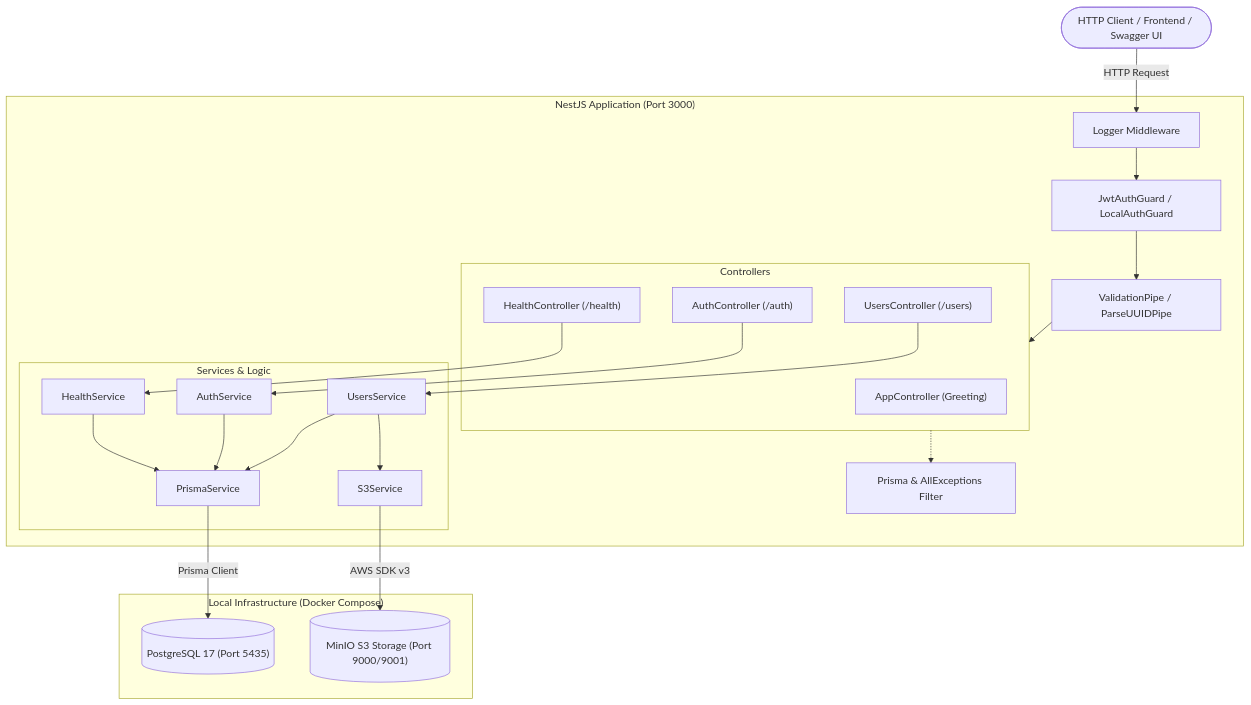
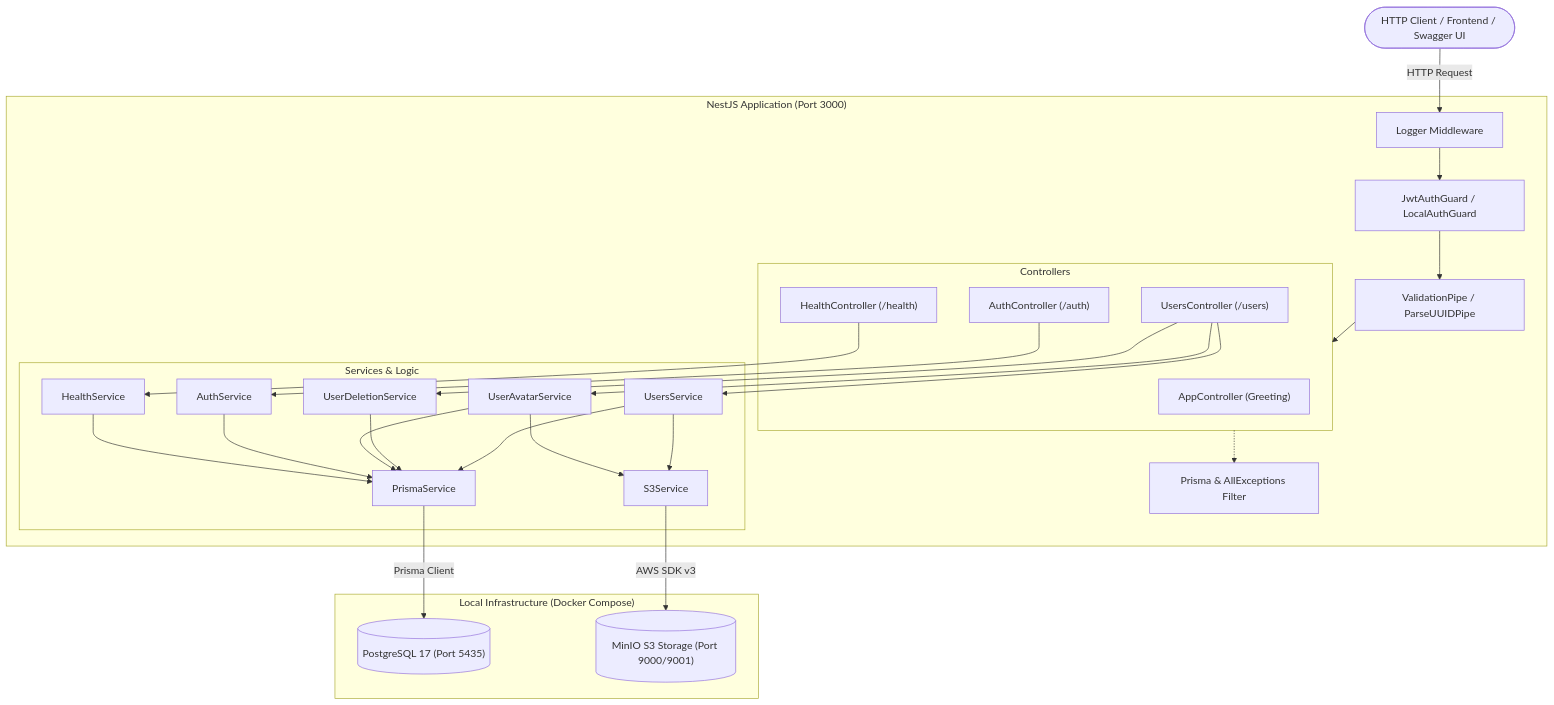
Before and after one commit to DarKnight2709/user-management-system: the diagram in README.md, drawn with Mermaid. The commit also changed other lines of this file and 1 other file, not shown here.

Commit message:
docs: document users and logging structure and test layers

````diff
--- a/README.md
+++ b/README.md
@@ -72,49 +72,56 @@
 ```mermaid
 flowchart TD
     Client(["HTTP Client / Frontend / Swagger UI"])
 
     subgraph NestJS App ["NestJS Application (Port 3000)"]
         Middleware["Logger Middleware"]
         Guards["JwtAuthGuard / LocalAuthGuard"]
         Validation["ValidationPipe / ParseUUIDPipe"]
 
         subgraph Controllers ["Controllers"]
             AppCtrl["AppController (Greeting)"]
             AuthCtrl["AuthController (/auth)"]
             UsersCtrl["UsersController (/users)"]
             HealthCtrl["HealthController (/health)"]
         end
 
         subgraph Services ["Services & Logic"]
             AuthSvc["AuthService"]
             UsersSvc["UsersService"]
+            UserDelSvc["UserDeletionService"]
+            UserAvatarSvc["UserAvatarService"]
             S3Svc["S3Service"]
             PrismaSvc["PrismaService"]
             HealthSvc["HealthService"]
         end
 
         Filters["Prisma & AllExceptions Filter"]
     end
 
     subgraph Infrastructure ["Local Infrastructure (Docker Compose)"]
         PostgresDB[("PostgreSQL 17 (Port 5435)")]
         MinioStorage[("MinIO S3 Storage (Port 9000/9001)")]
     end
 
     Client -->|HTTP Request| Middleware
     Middleware --> Guards
     Guards --> Validation
     Validation --> Controllers
 
     AuthCtrl --> AuthSvc
     UsersCtrl --> UsersSvc
+    UsersCtrl --> UserDelSvc
+    UsersCtrl --> UserAvatarSvc
     UsersSvc --> S3Svc
     UsersSvc --> PrismaSvc
+    UserDelSvc --> PrismaSvc
+    UserAvatarSvc --> S3Svc
+    UserAvatarSvc --> PrismaSvc
     AuthSvc --> PrismaSvc
     HealthCtrl --> HealthSvc
     HealthSvc --> PrismaSvc
 
     PrismaSvc -->|Prisma Client| PostgresDB
     S3Svc -->|AWS SDK v3| MinioStorage
     Controllers -.-> Filters
 ```
````
